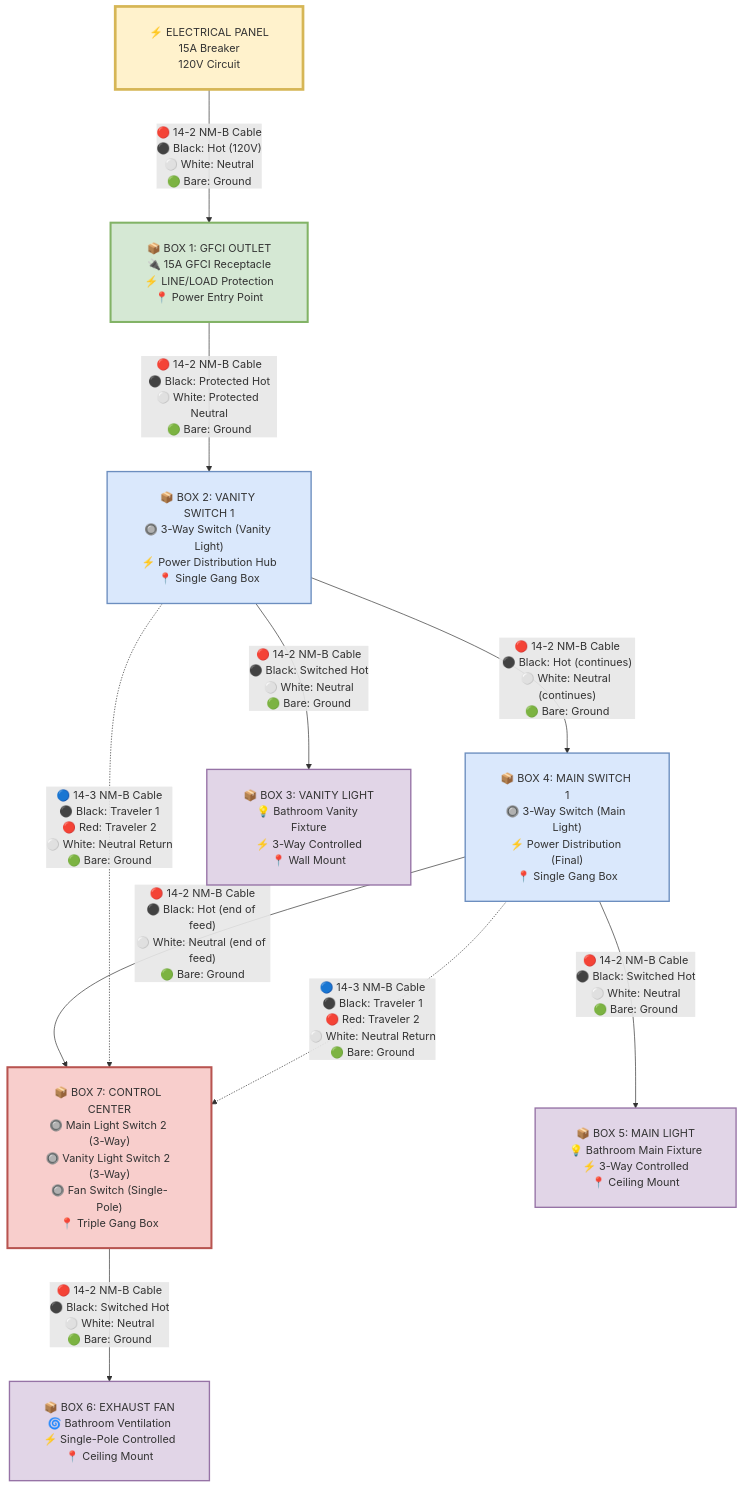
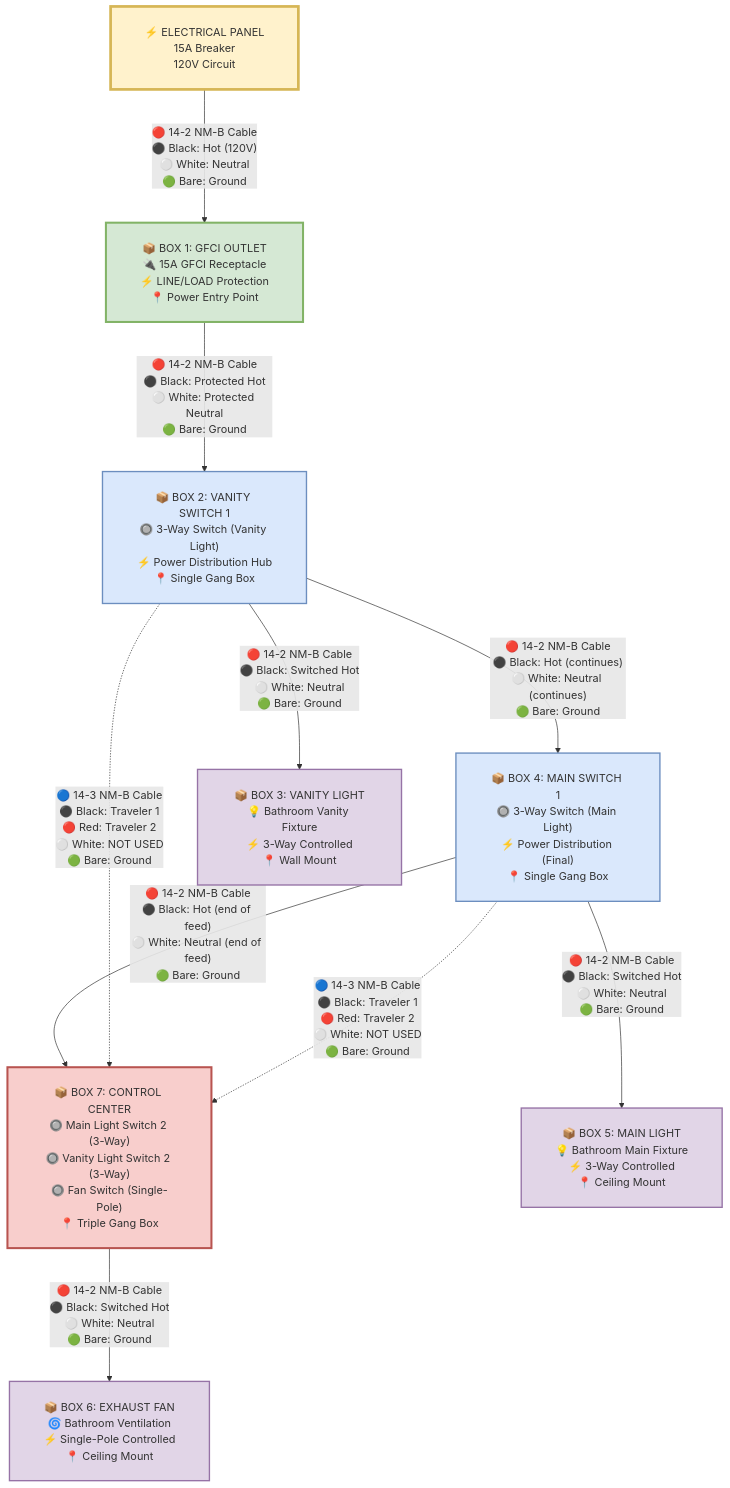
The diagram in diagrams/linear-design-mermaid.md (ticklemycode/electrical-wiring), drawn with Mermaid before and after one commit. The commit also changed other lines of this file, not shown here.

````diff
--- a/diagrams/linear-design-mermaid.md
+++ b/diagrams/linear-design-mermaid.md
@@ -15,60 +15,60 @@
 ```mermaid
 %%{init: {'theme':'default', 'flowchart': {'nodeSpacing': 80, 'rankSpacing': 100, 'padding': 25}}}%%
 flowchart TD
     %% POWER SOURCE
     Panel["⚡ ELECTRICAL PANEL<br/>15A Breaker<br/>120V Circuit"]
     
     %% MAIN POWER FEED
     Panel -->|"🔴 14-2 NM-B Cable<br/>⚫ Black: Hot (120V)<br/>⚪ White: Neutral<br/>🟢 Bare: Ground"| GFCI
     
     %% BOX 1: GFCI OUTLET
     GFCI["📦 BOX 1: GFCI OUTLET<br/>🔌 15A GFCI Receptacle<br/>⚡ LINE/LOAD Protection<br/>📍 Power Entry Point"]
     
     %% LINEAR POWER FEED CHAIN
     GFCI -->|"🔴 14-2 NM-B Cable<br/>⚫ Black: Protected Hot<br/>⚪ White: Protected Neutral<br/>🟢 Bare: Ground"| VanityBox2
     
     %% BOX 2: VANITY SWITCH 1 + POWER DISTRIBUTION
     VanityBox2["📦 BOX 2: VANITY SWITCH 1<br/>🔘 3-Way Switch (Vanity Light)<br/>⚡ Power Distribution Hub<br/>📍 Single Gang Box"]
     
     VanityBox2 -->|"🔴 14-2 NM-B Cable<br/>⚫ Black: Hot (continues)<br/>⚪ White: Neutral (continues)<br/>🟢 Bare: Ground"| MainBox4
     
     %% BOX 4: MAIN SWITCH 1 + POWER DISTRIBUTION  
     MainBox4["📦 BOX 4: MAIN SWITCH 1<br/>🔘 3-Way Switch (Main Light)<br/>⚡ Power Distribution (Final)<br/>📍 Single Gang Box"]
     
     MainBox4 -->|"🔴 14-2 NM-B Cable<br/>⚫ Black: Hot (end of feed)<br/>⚪ White: Neutral (end of feed)<br/>🟢 Bare: Ground"| ControlBox7
     
     %% BOX 7: CONTROL CENTER (END OF FEED)
     ControlBox7["📦 BOX 7: CONTROL CENTER<br/>🔘 Main Light Switch 2 (3-Way)<br/>🔘 Vanity Light Switch 2 (3-Way)<br/>🔘 Fan Switch (Single-Pole)<br/>📍 Triple Gang Box"]
     
     %% 3-WAY CONTROL CABLES (TRAVELERS)
-    VanityBox2 -.->|"🔵 14-3 NM-B Cable<br/>⚫ Black: Traveler 1<br/>🔴 Red: Traveler 2<br/>⚪ White: Neutral Return<br/>🟢 Bare: Ground"| ControlBox7
+    VanityBox2 -.->|"🔵 14-3 NM-B Cable<br/>⚫ Black: Traveler 1<br/>🔴 Red: Traveler 2<br/>⚪ White: NOT USED<br/>🟢 Bare: Ground"| ControlBox7
     
-    MainBox4 -.->|"🔵 14-3 NM-B Cable<br/>⚫ Black: Traveler 1<br/>🔴 Red: Traveler 2<br/>⚪ White: Neutral Return<br/>🟢 Bare: Ground"| ControlBox7
+    MainBox4 -.->|"🔵 14-3 NM-B Cable<br/>⚫ Black: Traveler 1<br/>🔴 Red: Traveler 2<br/>⚪ White: NOT USED<br/>🟢 Bare: Ground"| ControlBox7
     
     %% FIXTURE CONNECTIONS
     VanityBox2 -->|"🔴 14-2 NM-B Cable<br/>⚫ Black: Switched Hot<br/>⚪ White: Neutral<br/>🟢 Bare: Ground"| VanityFixture
     
     MainBox4 -->|"🔴 14-2 NM-B Cable<br/>⚫ Black: Switched Hot<br/>⚪ White: Neutral<br/>🟢 Bare: Ground"| MainFixture
     
     ControlBox7 -->|"🔴 14-2 NM-B Cable<br/>⚫ Black: Switched Hot<br/>⚪ White: Neutral<br/>🟢 Bare: Ground"| FanFixture
     
     %% FIXTURES
     VanityFixture["📦 BOX 3: VANITY LIGHT<br/>💡 Bathroom Vanity Fixture<br/>⚡ 3-Way Controlled<br/>📍 Wall Mount"]
     
     MainFixture["📦 BOX 5: MAIN LIGHT<br/>💡 Bathroom Main Fixture<br/>⚡ 3-Way Controlled<br/>📍 Ceiling Mount"]
     
     FanFixture["📦 BOX 6: EXHAUST FAN<br/>🌀 Bathroom Ventilation<br/>⚡ Single-Pole Controlled<br/>📍 Ceiling Mount"]
 
     %% STYLING
     classDef source fill:#fff2cc,stroke:#d6b656,stroke-width:4px
     classDef gfci fill:#d5e8d4,stroke:#82b366,stroke-width:3px
     classDef switch fill:#dae8fc,stroke:#6c8ebf,stroke-width:2px
     classDef control fill:#f8cecc,stroke:#b85450,stroke-width:3px
     classDef fixture fill:#e1d5e7,stroke:#9673a6,stroke-width:2px
 
     class Panel source
     class GFCI gfci
     class VanityBox2,MainBox4 switch
     class ControlBox7 control
     class VanityFixture,MainFixture,FanFixture fixture
 ```
````
